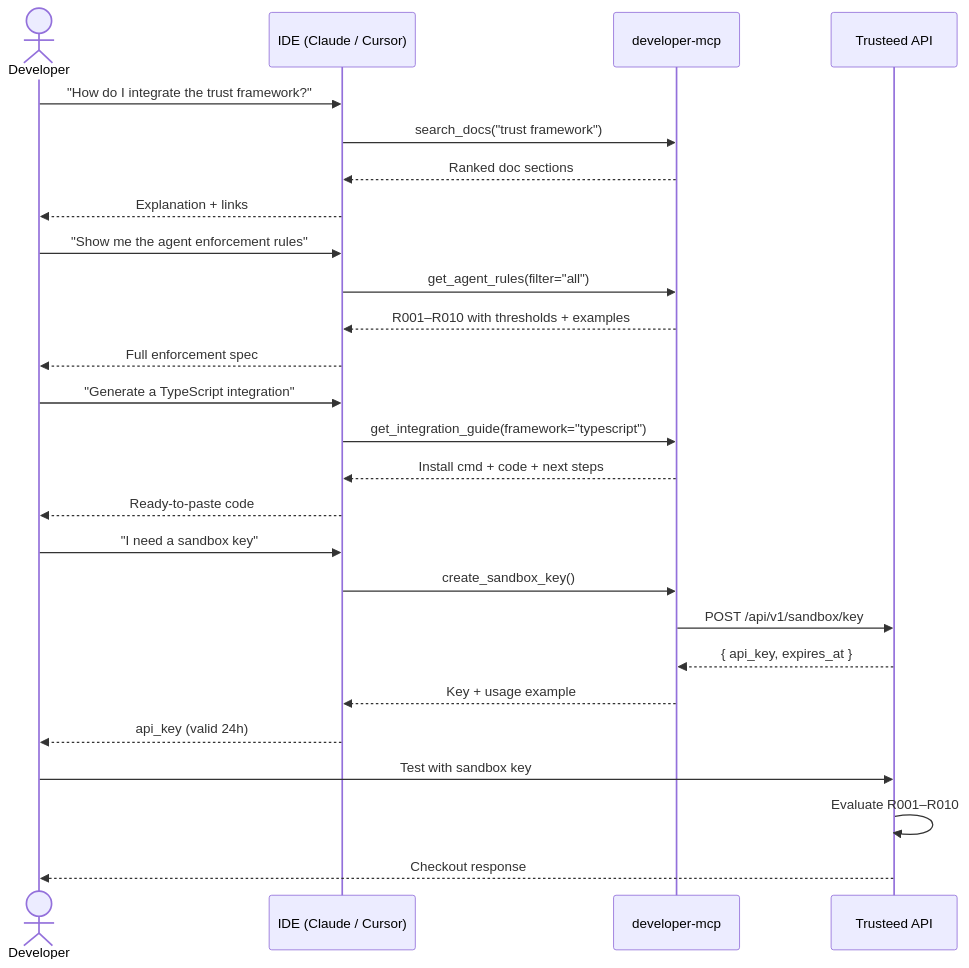
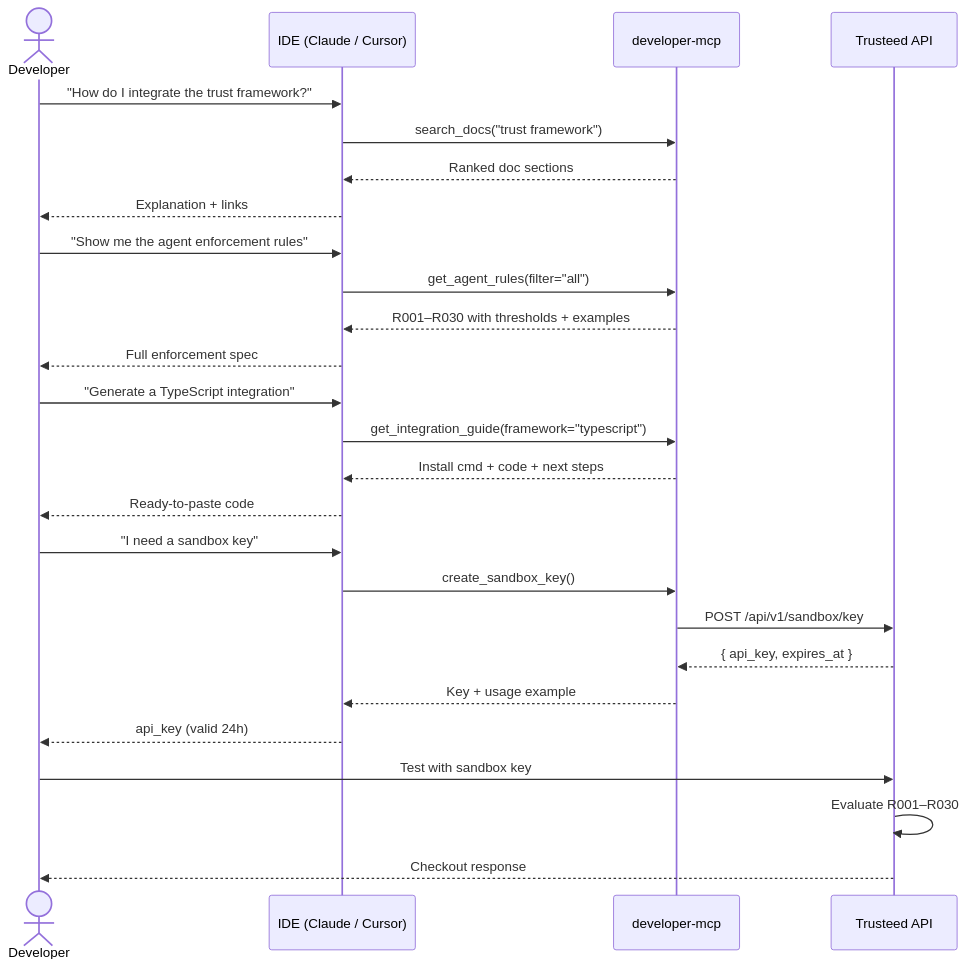
One commit to Trusteedxyz/trusteed-developer-mcp changed the third of 3 diagrams in README.md. Above: the diagram before and after it, drawn with Mermaid. The commit also changed other lines of this file and 1 other file, not shown here.

````diff
--- a/README.md
+++ b/README.md
@@ -525,33 +309,33 @@
 ```mermaid
 sequenceDiagram
     actor Dev as Developer
     participant IDE as IDE (Claude / Cursor)
     participant MCP as developer-mcp
     participant API as Trusteed API
 
     Dev->>IDE: "How do I integrate the trust framework?"
     IDE->>MCP: search_docs("trust framework")
     MCP-->>IDE: Ranked doc sections
     IDE-->>Dev: Explanation + links
 
     Dev->>IDE: "Show me the agent enforcement rules"
     IDE->>MCP: get_agent_rules(filter="all")
-    MCP-->>IDE: R001–R010 with thresholds + examples
+    MCP-->>IDE: R001–R030 with thresholds + examples
     IDE-->>Dev: Full enforcement spec
 
     Dev->>IDE: "Generate a TypeScript integration"
     IDE->>MCP: get_integration_guide(framework="typescript")
     MCP-->>IDE: Install cmd + code + next steps
     IDE-->>Dev: Ready-to-paste code
 
     Dev->>IDE: "I need a sandbox key"
     IDE->>MCP: create_sandbox_key()
     MCP->>API: POST /api/v1/sandbox/key
     API-->>MCP: { api_key, expires_at }
     MCP-->>IDE: Key + usage example
     IDE-->>Dev: api_key (valid 24h)
 
     Dev->>API: Test with sandbox key
-    API->>API: Evaluate R001–R010
+    API->>API: Evaluate R001–R030
     API-->>Dev: Checkout response
 ```
````
